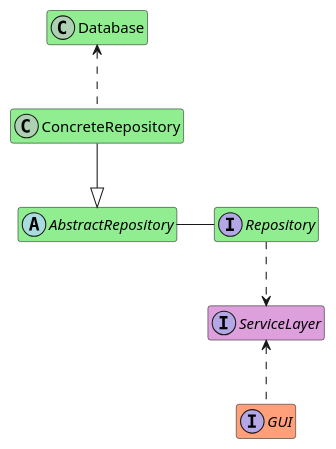
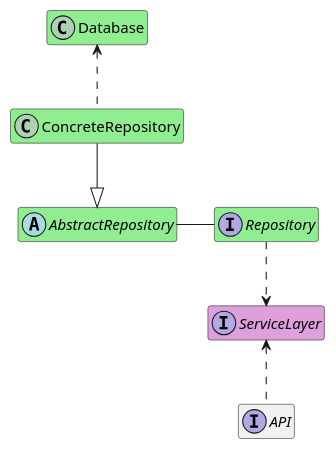
Before and after one commit to Uhgtred/Recipe_Shopping_List: the diagram in Architecture/BlackBoxViewDatabase.puml, drawn with PlantUML. The commit also changed 7 other files, not shown here.

Commit message:
Slight refactoring of the architecture and adding BlackboxViewRepository.puml and SequenceViewApplication.puml

```diff
--- a/Architecture/BlackBoxViewDatabase.puml
+++ b/Architecture/BlackBoxViewDatabase.puml
@@ -1,23 +1,23 @@
 @startuml
 hide empty members
 
 
 class Database #lightgreen
 
 abstract class AbstractRepository #lightgreen
 
 class ConcreteRepository #lightgreen
 ConcreteRepository --|> AbstractRepository
 ConcreteRepository .u.> Database
 
 interface Repository #lightgreen
 Repository ..> ServiceLayer
 Repository -l- AbstractRepository
 
 
-interface GUI #lightsalmon
-GUI .u.> ServiceLayer
+interface API
+API .u.> ServiceLayer
 
 interface ServiceLayer #plum
 
 @enduml
```
